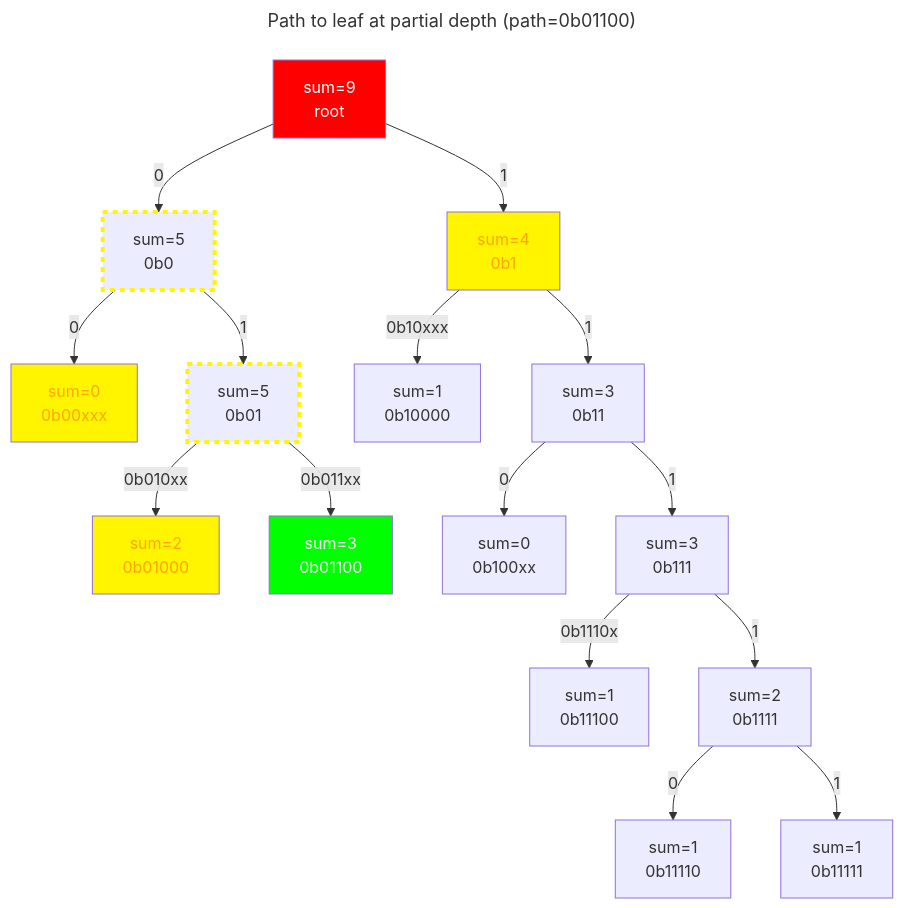
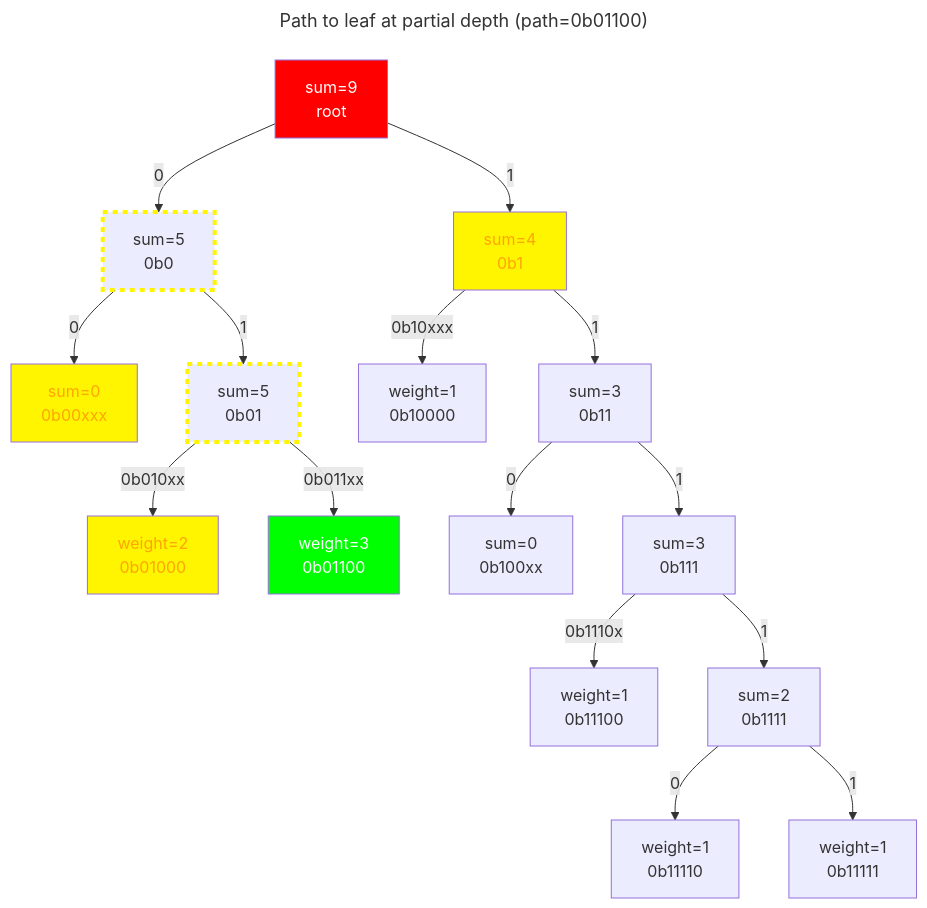
One commit to pokt-network/poktroll changed the sixth of 8 diagrams in docusaurus/docs/protocol/claim_and_proof_lifecycle.md. Above: the diagram before and after it, drawn with Mermaid. The commit also changed other lines of this file and 6 other files, not shown here.

````diff
--- a/docusaurus/docs/protocol/claim_and_proof_lifecycle.md
+++ b/docusaurus/docs/protocol/claim_and_proof_lifecycle.md
@@ -379,44 +387,44 @@
 ```mermaid
 ---
 title: Path to leaf at partial depth (path=0b01100)
 ---
 graph TB
     %% Define a class for red nodes
     classDef redNode fill:#ff0000, color:#ffffff;
     classDef greenNode fill:#00ff00, color:#ffffff;
     classDef blueNode fill:#0000ff, color:#ffffff;
     classDef yellowNode fill:#fff500, color:#ffa500
     classDef yellowBorderNode stroke:#fff500, stroke-width:4px, stroke-dasharray: 5 5
 
     %% Define root node
     R[sum=9<br>root]
 
     %% Height = 1
     R -- 0 --> N1[sum=5<br>0b0]
     R -- 1 --> N2[sum=4<br>0b1]
 
     %% Height = 2
     N1 -- 0 --> E1[sum=0<br>0b00xxx]
     N1 -- 1 --> N3[sum=5<br>0b01]
-    N2 -- 0b10xxx --> L1[sum=1<br>0b10000]
+    N2 -- 0b10xxx --> L1[weight=1<br>0b10000]
     N2 -- 1 --> N4[sum=3<br>0b11]
 
     %% Height = 3
-    N3 -- 0b010xx --> L2[sum=2<br>0b01000]
-    N3 -- 0b011xx --> L3[sum=3<br>0b01100]
+    N3 -- 0b010xx --> L2[weight=2<br>0b01000]
+    N3 -- 0b011xx --> L3[weight=3<br>0b01100]
     N4 -- 0 --> E2[sum=0<br>0b100xx]
     N4 -- 1 --> N5[sum=3<br>0b111]
 
     %% Height = 4
-    N5 -- 0b1110x --> L4[sum=1<br>0b11100]
+    N5 -- 0b1110x --> L4[weight=1<br>0b11100]
     N5 -- 1 --> N6[sum=2<br>0b1111]
 
     %% Height = 5
-    N6 -- 0 --> L5[sum=1<br>0b11110]
-    N6 -- 1 --> L6[sum=1<br>0b11111]
+    N6 -- 0 --> L5[weight=1<br>0b11110]
+    N6 -- 1 --> L6[weight=1<br>0b11111]
 
     class R redNode;
     class E1,N2,L2 yellowNode;
     class N1,N3 yellowBorderNode;
     class L3 greenNode;
 ```
````
